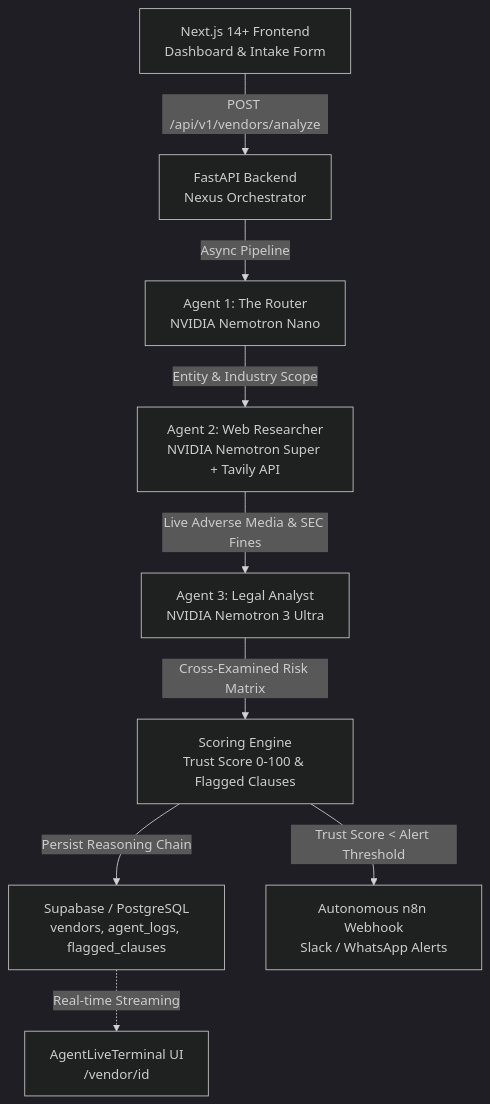
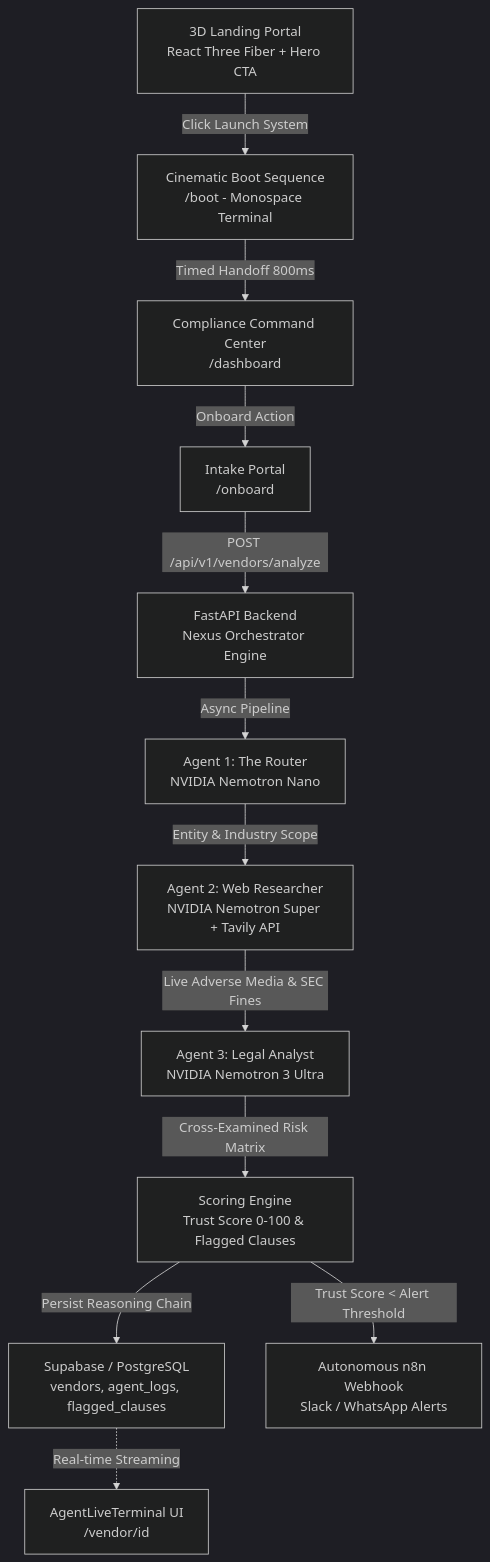
Before and after one commit to Shreniksk03/nexus-orchestrator: the diagram in README.md, drawn with Mermaid (dark theme). The commit also changed other lines of this file and 11 other files, not shown here.

````diff
--- a/README.md
+++ b/README.md
@@ -9,11 +9,14 @@
 ```mermaid
 graph TD
-    A[Next.js 14+ Frontend\nDashboard & Intake Form] -->|POST /api/v1/vendors/analyze| B[FastAPI Backend\nNexus Orchestrator]
-    B -->|Async Pipeline| C[Agent 1: The Router\nNVIDIA Nemotron Nano]
-    C -->|Entity & Industry Scope| D[Agent 2: Web Researcher\nNVIDIA Nemotron Super + Tavily API]
-    D -->|Live Adverse Media & SEC Fines| E[Agent 3: Legal Analyst\nNVIDIA Nemotron 3 Ultra]
-    E -->|Cross-Examined Risk Matrix| F[Scoring Engine\nTrust Score 0-100 & Flagged Clauses]
-    F -->|Persist Reasoning Chain| G[Supabase / PostgreSQL\nvendors, agent_logs, flagged_clauses]
-    F -->|Trust Score < Alert Threshold| H[Autonomous n8n Webhook\nSlack / WhatsApp Alerts]
-    G -.->|Real-time Streaming| I[AgentLiveTerminal UI\n/vendor/id]
+    A[3D Landing Portal\nReact Three Fiber + Hero CTA] -->|Click Launch System| B[Cinematic Boot Sequence\n/boot - Monospace Terminal]
+    B -->|Timed Handoff 800ms| C[Compliance Command Center\n/dashboard]
+    C -->|Onboard Action| D[Intake Portal\n/onboard]
+    D -->|POST /api/v1/vendors/analyze| E[FastAPI Backend\nNexus Orchestrator Engine]
+    E -->|Async Pipeline| F[Agent 1: The Router\nNVIDIA Nemotron Nano]
+    F -->|Entity & Industry Scope| G[Agent 2: Web Researcher\nNVIDIA Nemotron Super + Tavily API]
+    G -->|Live Adverse Media & SEC Fines| H[Agent 3: Legal Analyst\nNVIDIA Nemotron 3 Ultra]
+    H -->|Cross-Examined Risk Matrix| I[Scoring Engine\nTrust Score 0-100 & Flagged Clauses]
+    I -->|Persist Reasoning Chain| J[Supabase / PostgreSQL\nvendors, agent_logs, flagged_clauses]
+    I -->|Trust Score < Alert Threshold| K[Autonomous n8n Webhook\nSlack / WhatsApp Alerts]
+    J -.->|Real-time Streaming| L[AgentLiveTerminal UI\n/vendor/id]
 ```
````
